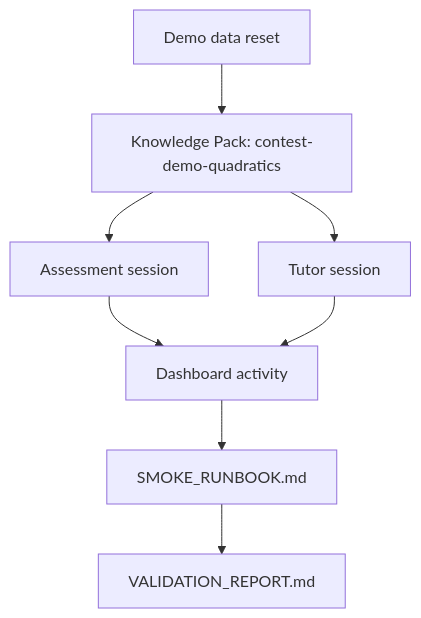
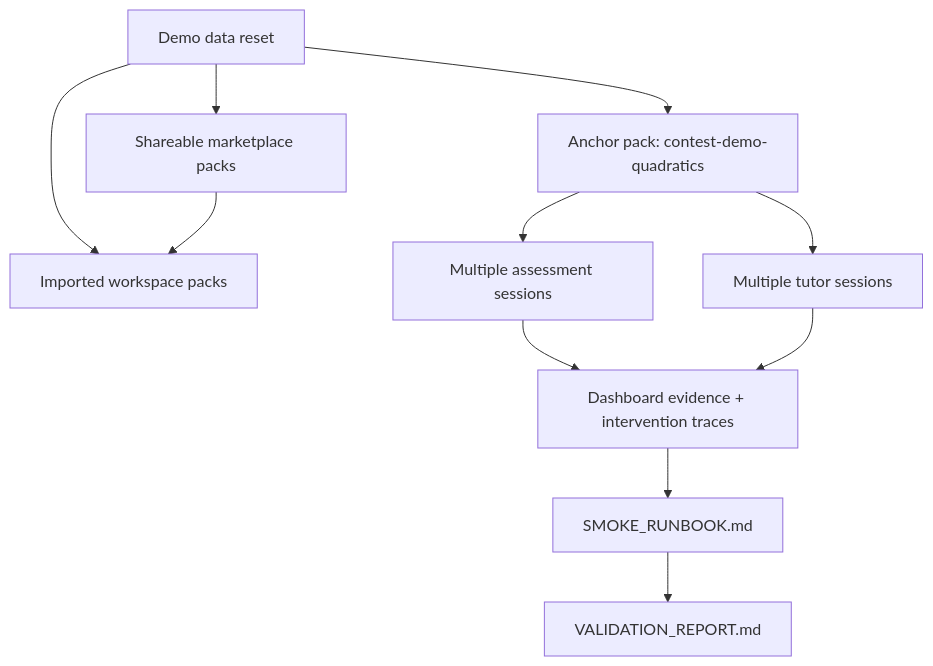
The diagram in docs/contest/DEMO_DATA_RESET.md (Creative-Science-Contest-2026/Multiagent-learning-platform), drawn with Mermaid before and after one commit. The commit also changed other lines of this file and 9 other files, not shown here.

Commit message:
feat(contest-demo): expand realistic local seed dataset [DEMO-SEED] (#272)

````diff
--- a/docs/contest/DEMO_DATA_RESET.md
+++ b/docs/contest/DEMO_DATA_RESET.md
@@ -119,18 +124,23 @@
 ```mermaid
 flowchart TD
   Reset["Demo data reset"]
-  Pack["Knowledge Pack: contest-demo-quadratics"]
-  Assessment["Assessment session"]
-  Tutor["Tutor session"]
-  Dashboard["Dashboard activity"]
+  Marketplace["Shareable marketplace packs"]
+  Imported["Imported workspace packs"]
+  Pack["Anchor pack: contest-demo-quadratics"]
+  Assessment["Multiple assessment sessions"]
+  Tutor["Multiple tutor sessions"]
+  Dashboard["Dashboard evidence + intervention traces"]
   Smoke["SMOKE_RUNBOOK.md"]
   Evidence["VALIDATION_REPORT.md"]
 
+  Reset --> Marketplace
+  Reset --> Imported
   Reset --> Pack
   Pack --> Assessment
   Pack --> Tutor
+  Marketplace --> Imported
   Assessment --> Dashboard
   Tutor --> Dashboard
   Dashboard --> Smoke
   Smoke --> Evidence
 ```
````
